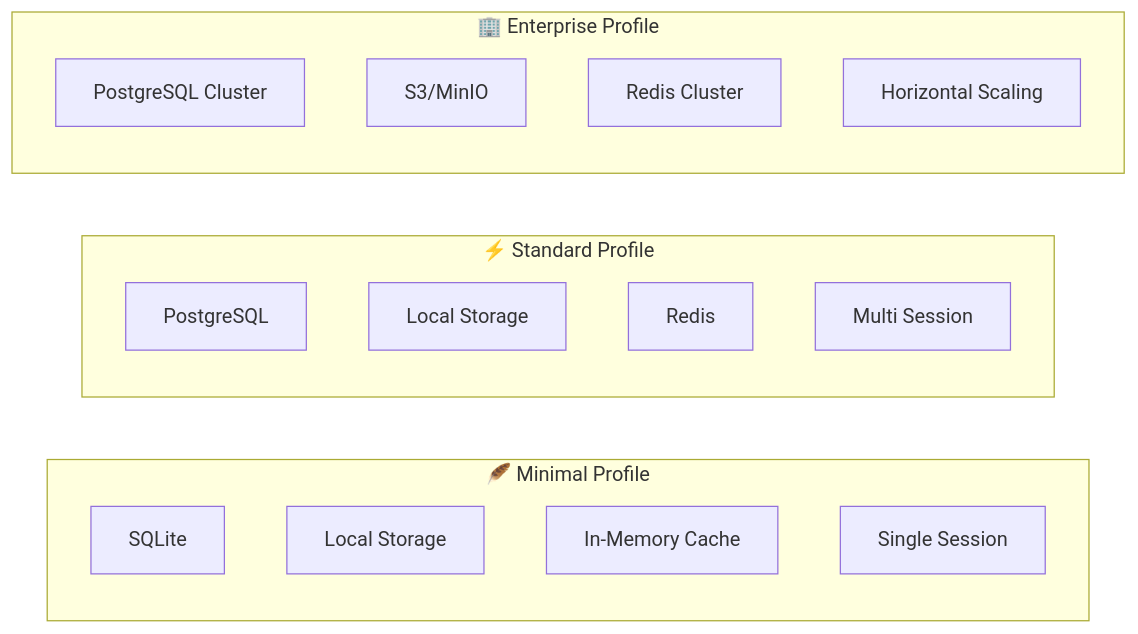
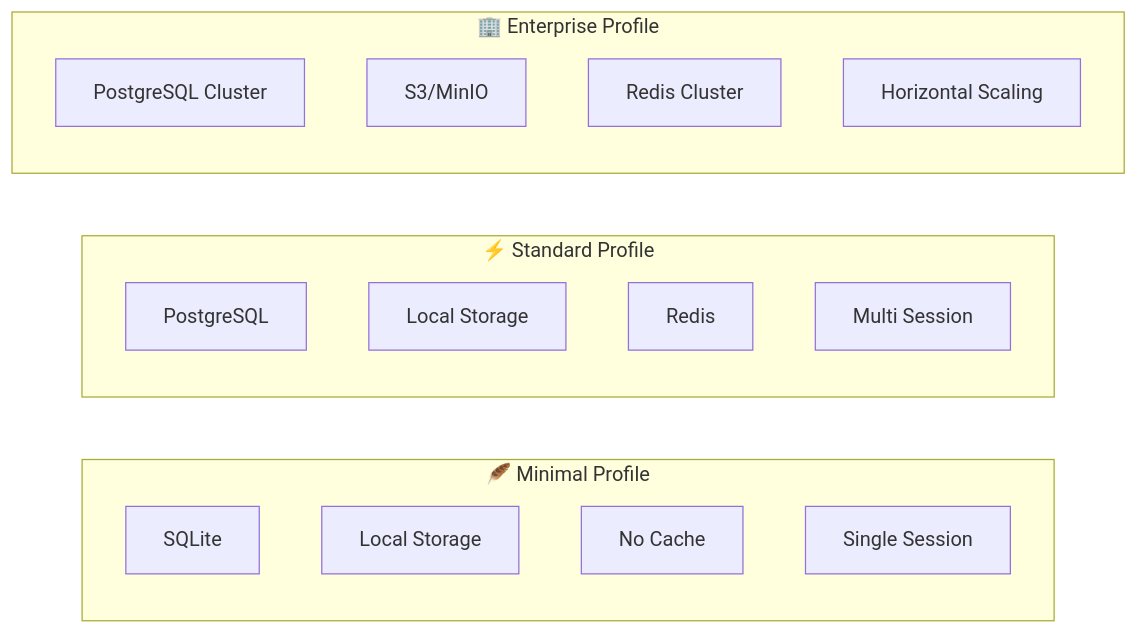
One commit to nourayman21k/OpenWA changed diagram 24 of 24 in docs/03-system-architecture.md. Above: the diagram before and after it, drawn with Mermaid. The commit also changed other lines of this file and 13 other files, not shown here.

````diff
--- a/docs/03-system-architecture.md
+++ b/docs/03-system-architecture.md
@@ -1726,23 +1455,23 @@
 ```mermaid
 flowchart LR
     subgraph Minimal["🪶 Minimal Profile"]
         M1[SQLite]
         M2[Local Storage]
-        M3[In-Memory Cache]
+        M3[No Cache]
         M4[Single Session]
     end
 
     subgraph Standard["⚡ Standard Profile"]
         S1[PostgreSQL]
         S2[Local Storage]
         S3[Redis]
         S4[Multi Session]
     end
 
     subgraph Enterprise["🏢 Enterprise Profile"]
         E1[PostgreSQL Cluster]
         E2[S3/MinIO]
         E3[Redis Cluster]
         E4[Horizontal Scaling]
     end
 ```
````
